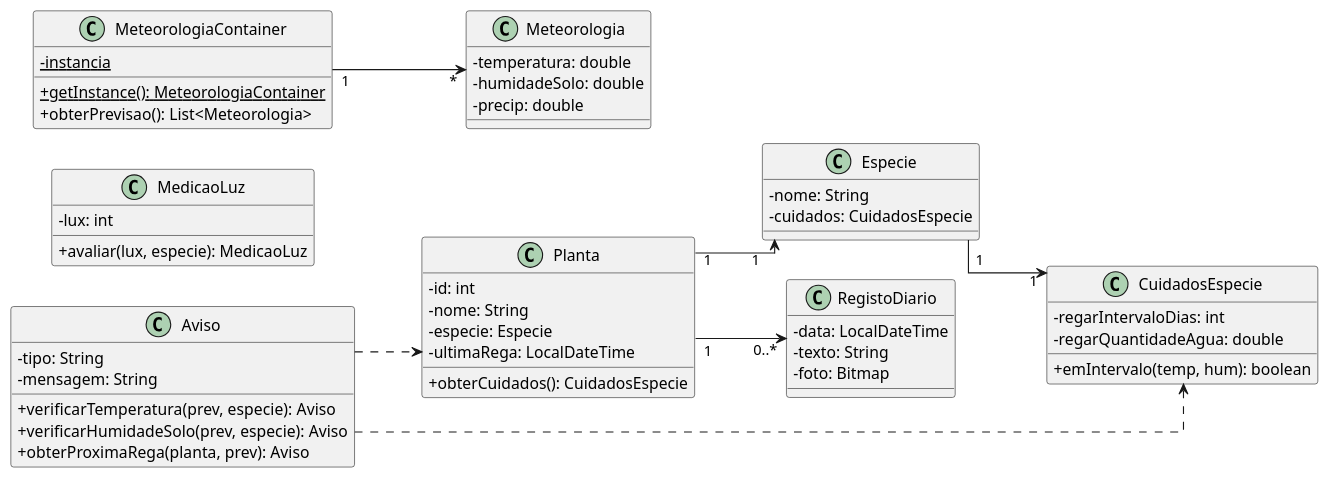
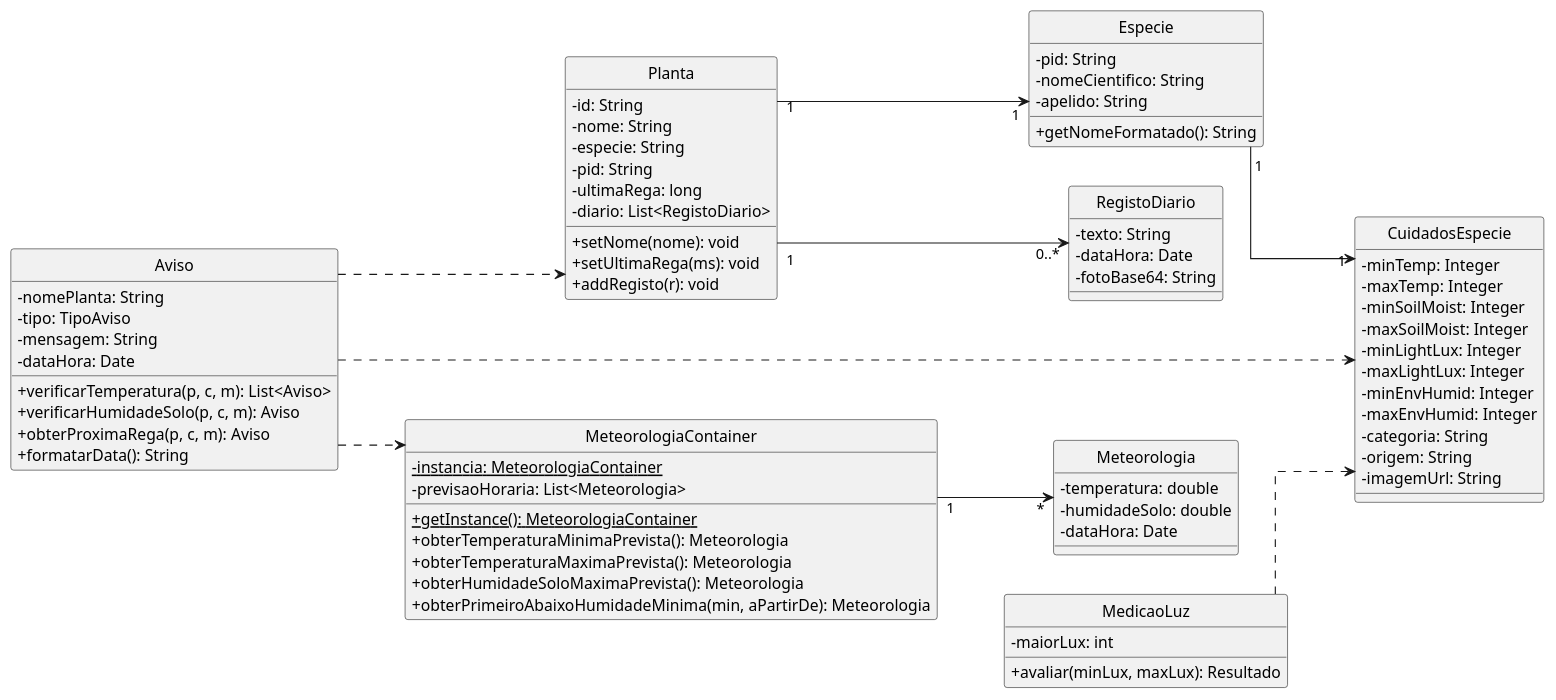
Before and after one commit to compaqle/DSSMV_ProjectDroid_1251486_1251506: the diagram in .docs/diagramas/design/model_class_diagram.puml, drawn with PlantUML. The commit also changed 25 other files, not shown here.

```diff
--- a/.docs/diagramas/design/model_class_diagram.puml
+++ b/.docs/diagramas/design/model_class_diagram.puml
@@ -1,62 +1,88 @@
 @startuml
+skinparam monochrome true
+skinparam shadowing false
 skinparam classAttributeIconSize 0
+hide circle
 skinparam linetype ortho
 left to right direction
 
 class Planta {
-  - id: int
+  - id: String
   - nome: String
-  - especie: Especie
-  - ultimaRega: LocalDateTime
-  + obterCuidados(): CuidadosEspecie
+  - especie: String
+  - pid: String
+  - ultimaRega: long
+  - diario: List<RegistoDiario>
+  + setNome(nome): void
+  + setUltimaRega(ms): void
+  + addRegisto(r): void
 }
 
 class Especie {
-  - nome: String
-  - cuidados: CuidadosEspecie
+  - pid: String
+  - nomeCientifico: String
+  - apelido: String
+  + getNomeFormatado(): String
 }
 
 class CuidadosEspecie {
-  - regarIntervaloDias: int
-  - regarQuantidadeAgua: double
-  + emIntervalo(temp, hum): boolean
+  - minTemp: Integer
+  - maxTemp: Integer
+  - minSoilMoist: Integer
+  - maxSoilMoist: Integer
+  - minLightLux: Integer
+  - maxLightLux: Integer
+  - minEnvHumid: Integer
+  - maxEnvHumid: Integer
+  - categoria: String
+  - origem: String
+  - imagemUrl: String
 }
 
 class Aviso {
-  - tipo: String
+  - nomePlanta: String
+  - tipo: TipoAviso
   - mensagem: String
-  + verificarTemperatura(prev, especie): Aviso
-  + verificarHumidadeSolo(prev, especie): Aviso
-  + obterProximaRega(planta, prev): Aviso
+  - dataHora: Date
+  + verificarTemperatura(p, c, m): List<Aviso>
+  + verificarHumidadeSolo(p, c, m): Aviso
+  + obterProximaRega(p, c, m): Aviso
+  + formatarData(): String
 }
 
 class MedicaoLuz {
-  - lux: int
-  + avaliar(lux, especie): MedicaoLuz
+  - maiorLux: int
+  + avaliar(minLux, maxLux): Resultado
 }
 
 class Meteorologia {
   - temperatura: double
   - humidadeSolo: double
-  - precip: double
+  - dataHora: Date
 }
 
 class MeteorologiaContainer {
-  - {static} instancia
+  - {static} instancia: MeteorologiaContainer
+  - previsaoHoraria: List<Meteorologia>
   + {static} getInstance(): MeteorologiaContainer
-  + obterPrevisao(): List<Meteorologia>
+  + obterTemperaturaMinimaPrevista(): Meteorologia
+  + obterTemperaturaMaximaPrevista(): Meteorologia
+  + obterHumidadeSoloMaximaPrevista(): Meteorologia
+  + obterPrimeiroAbaixoHumidadeMinima(min, aPartirDe): Meteorologia
 }
 
 class RegistoDiario {
-  - data: LocalDateTime
   - texto: String
-  - foto: Bitmap
+  - dataHora: Date
+  - fotoBase64: String
 }
 
 Planta "1" --> "1" Especie
+Planta "1" --> "0..*" RegistoDiario
 Especie "1" --> "1" CuidadosEspecie
-Planta "1" --> "0..*" RegistoDiario
 MeteorologiaContainer "1" --> "*" Meteorologia
 Aviso ..> Planta
 Aviso ..> CuidadosEspecie
+Aviso ..> MeteorologiaContainer
+MedicaoLuz ..> CuidadosEspecie
 @enduml
```
